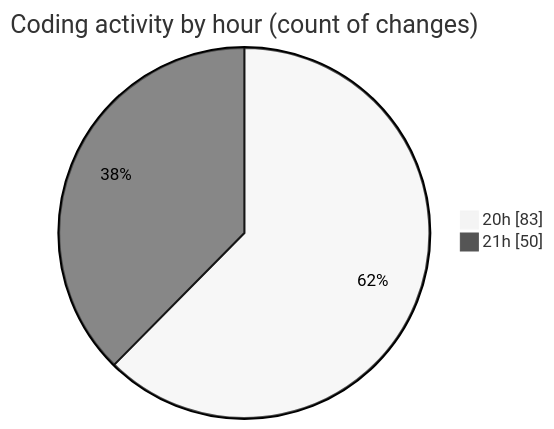
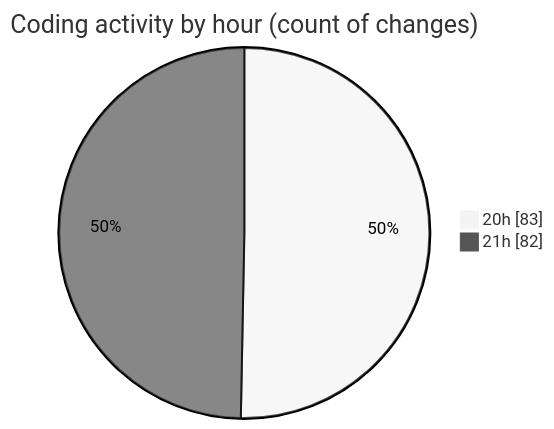
One commit to Ritupan-Deka/code-tracking changed the second of 2 diagrams in 2025-07-20/reactphpmysql/README.md. Above: the diagram before and after it, drawn with Mermaid (neutral theme). The commit also changed other lines of this file and 1 other file, not shown here.

````diff
--- a/2025-07-20/reactphpmysql/README.md
+++ b/2025-07-20/reactphpmysql/README.md
@@ -32,6 +34,6 @@
 ```mermaid
 pie showData
 title Coding activity by hour (count of changes)
 "20h" : 83
-"21h" : 50
+"21h" : 82
 ```
````
